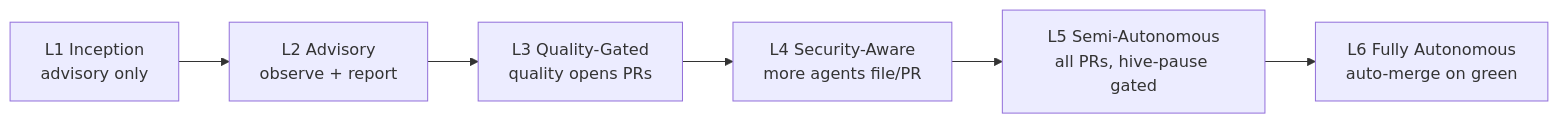
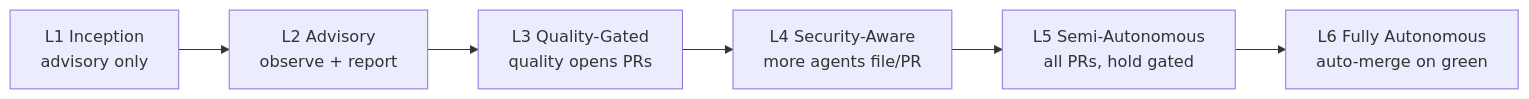
The sixth of 10 diagrams in src/docs/architecture.md (Danathar/hive), drawn with Mermaid before and after one commit. The commit also changed other lines of this file and 14 other files, not shown here.

````diff
--- a/src/docs/architecture.md
+++ b/src/docs/architecture.md
@@ -276,10 +276,10 @@
 ```mermaid
 flowchart LR
     L1["L1 Inception<br/>advisory only"]
     L2["L2 Advisory<br/>observe + report"]
     L3["L3 Quality-Gated<br/>quality opens PRs"]
     L4["L4 Security-Aware<br/>more agents file/PR"]
-    L5["L5 Semi-Autonomous<br/>all PRs, hive-pause gated"]
+    L5["L5 Semi-Autonomous<br/>all PRs, hold gated"]
     L6["L6 Fully Autonomous<br/>auto-merge on green"]
     L1 --> L2 --> L3 --> L4 --> L5 --> L6
 ```
````
